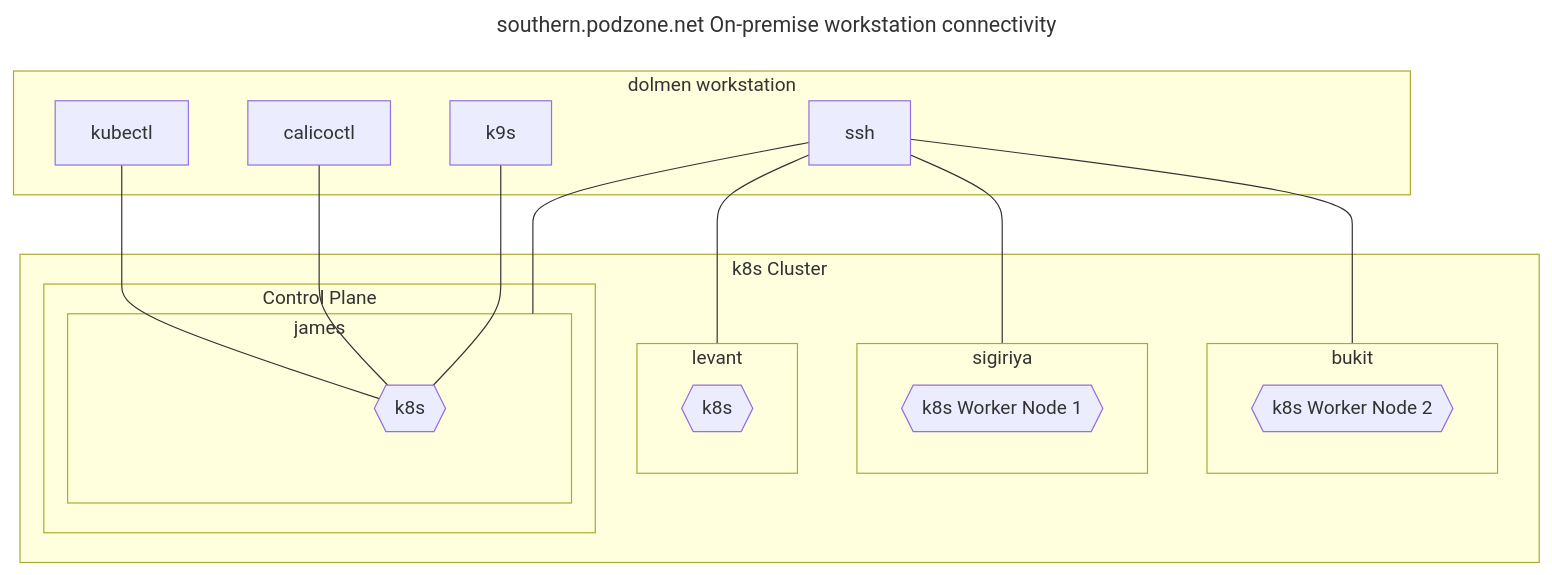
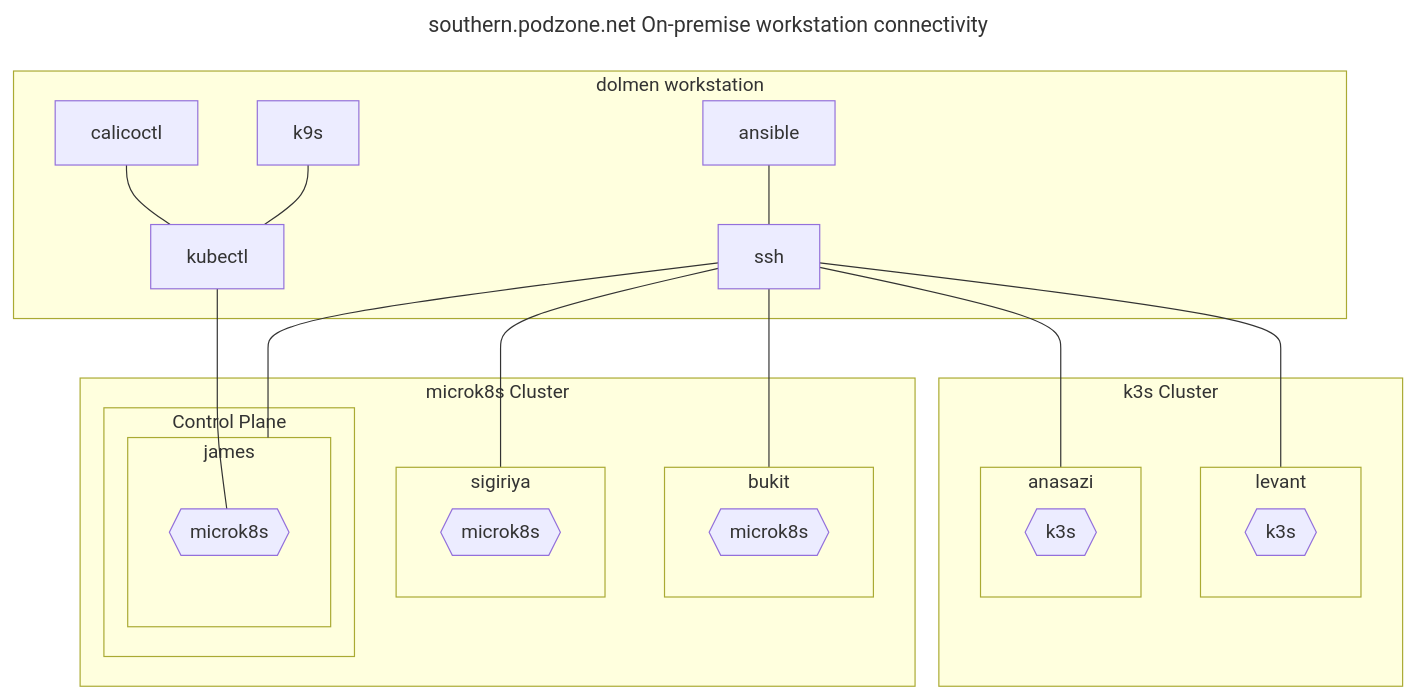
The fourth of 5 diagrams in README.md (MoTTTT/QApps), drawn with Mermaid before and after one commit. The commit also changed other lines of this file and 13 other files, not shown here.

````diff
--- a/README.md
+++ b/README.md
@@ -251,38 +249,49 @@
 ```mermaid
 ---
 title: southern.podzone.net On-premise workstation connectivity
 ---
 graph TD
  
 kubectl --- microk8sW2
-calicoctl --- microk8sW2
-k9s --- microk8sW2
+calicoctl --- kubectl
+
+k9s --- kubectl
 ssh --- james
-ssh --- levant
 ssh --- sigiriya
 ssh --- bukit
+ssh --- anasazi
+ssh --- levant
+
+ansible --- ssh
 
       subgraph dolmen workstation
         kubectl
         calicoctl
         ssh
         k9s
+        ansible
       end
 
-      subgraph k8s Cluster
+      subgraph microk8s Cluster
         subgraph Control Plane
           subgraph james
-            microk8sW2{{k8s}}
+            microk8sW2{{microk8s}}
           end
         end
         subgraph sigiriya
-          microk8sW1{{k8s Worker Node 1}}
+          microk8sW1{{microk8s}}
         end
         subgraph bukit
-          microk8sC2{{k8s Worker Node 2}}
+          microk8sC2{{microk8s}}
         end
-          subgraph levant
-            microk8sC1{{k8s}}
-          end
+      end
+      
+      subgraph k3s Cluster
+        subgraph levant
+          k3s1{{k3s}}
+        end
+        subgraph anasazi
+          k3s2{{k3s}}
+        end
       end
 ```
````
